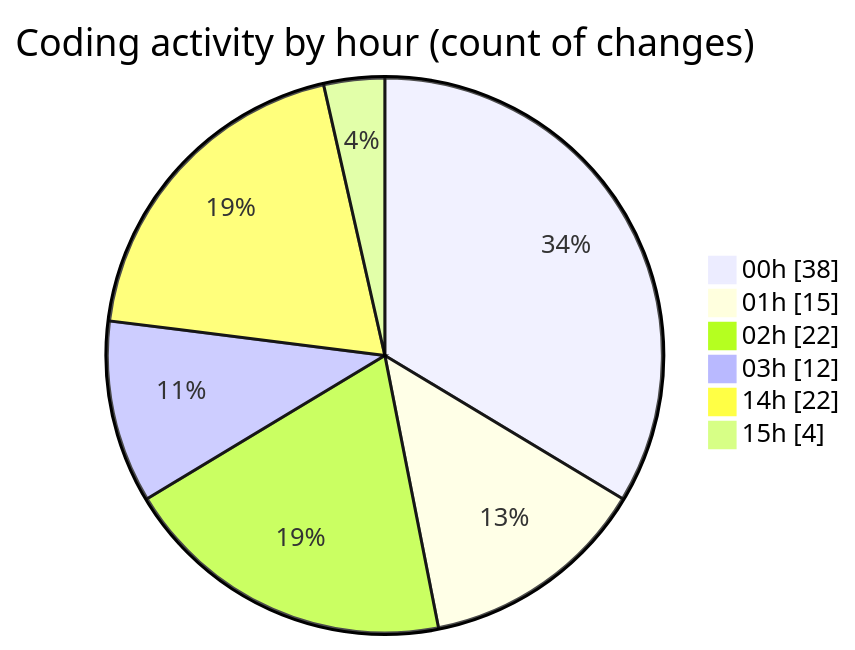
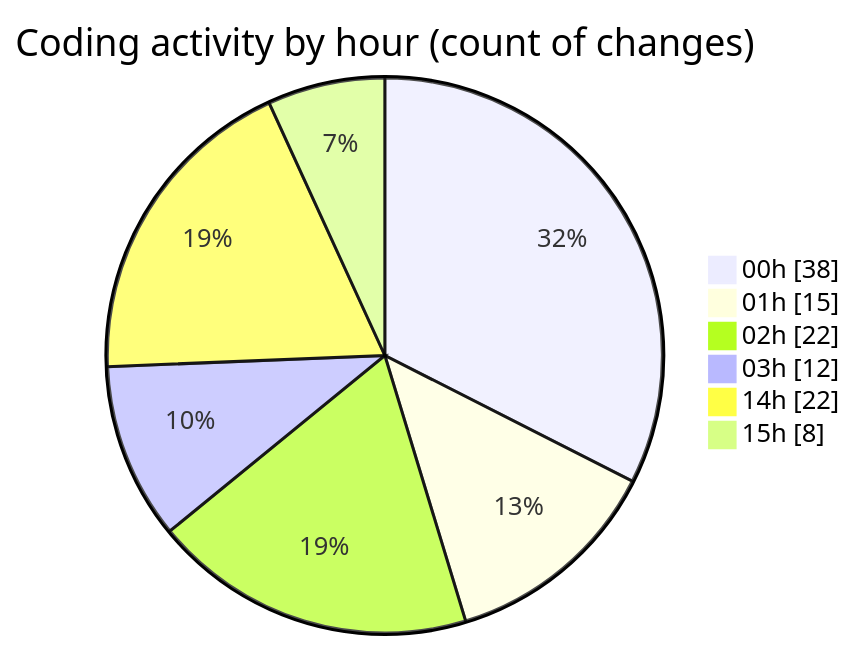
The second of 2 diagrams in 2025-03-08/uber_clone/README.md (donsfak/code-tracking), drawn with Mermaid before and after one commit. The commit also changed other lines of this file and 1 other file, not shown here.

````diff
--- a/2025-03-08/uber_clone/README.md
+++ b/2025-03-08/uber_clone/README.md
@@ -34,10 +34,10 @@
 ```mermaid
 pie showData
 title Coding activity by hour (count of changes)
 "00h" : 38
 "01h" : 15
 "02h" : 22
 "03h" : 12
 "14h" : 22
-"15h" : 4
+"15h" : 8
 ```
````
